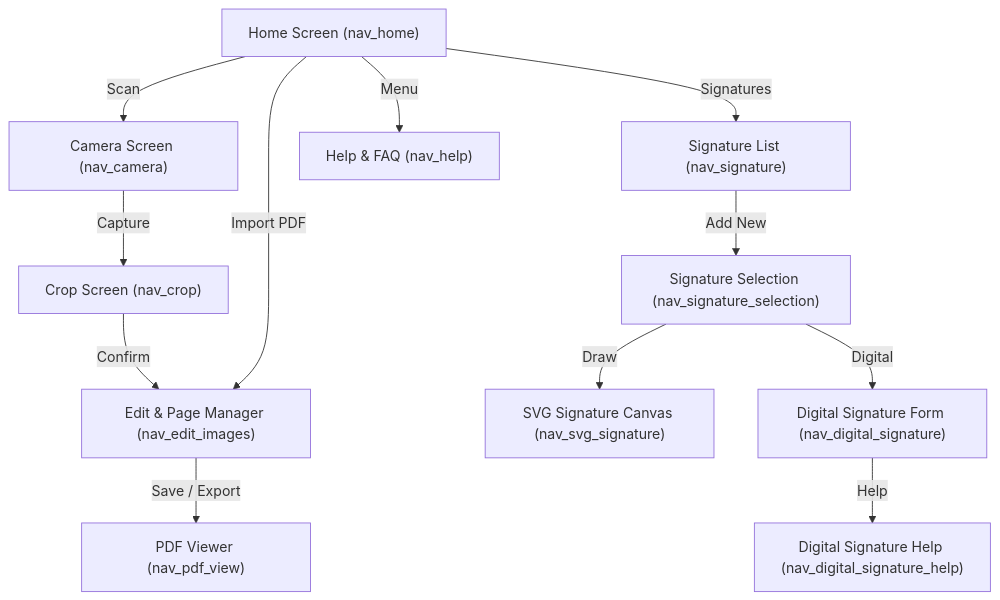
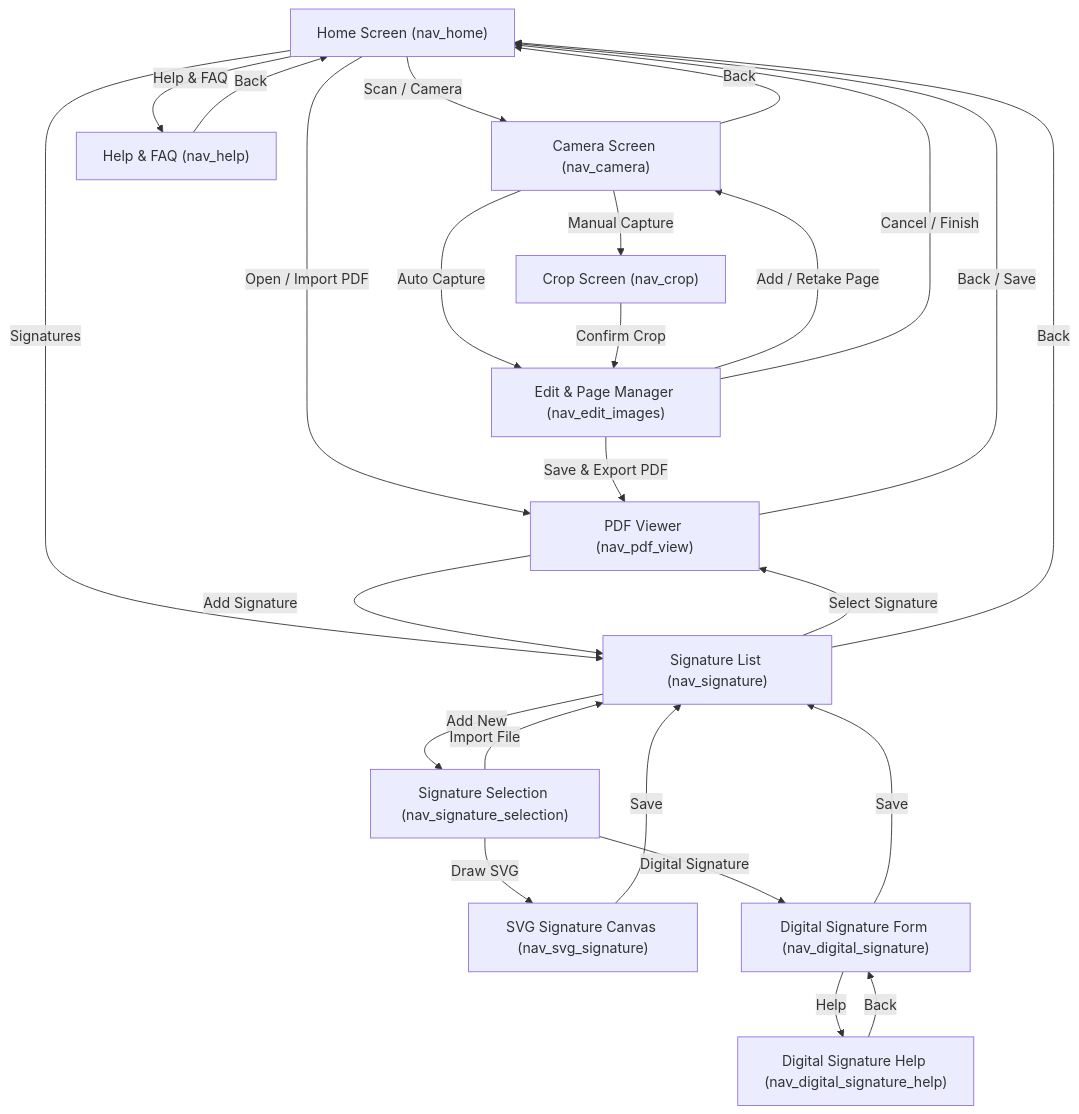
One commit to razvanrus2003/documentsApp changed the diagram in Readme.md. Above: the diagram before and after it, drawn with Mermaid. The commit also changed other lines of this file and 6 other files, not shown here.

````diff
--- a/Readme.md
+++ b/Readme.md
@@ -55,14 +55,45 @@
 ```mermaid
 graph TD
-    Home["Home Screen (nav_home)"] -->|Scan| Camera["Camera Screen (nav_camera)"]
-    Camera -->|Capture| Crop["Crop Screen (nav_crop)"]
-    Crop -->|Confirm| Edit["Edit & Page Manager (nav_edit_images)"]
-    Home -->|Import PDF| Edit
-    Edit -->|Save / Export| PdfView["PDF Viewer (nav_pdf_view)"]
-    Home -->|Signatures| SigList["Signature List (nav_signature)"]
-    SigList -->|Add New| SigSelection["Signature Selection (nav_signature_selection)"]
-    SigSelection -->|Draw| SvgSig["SVG Signature Canvas (nav_svg_signature)"]
-    SigSelection -->|Digital| DigiSig["Digital Signature Form (nav_digital_signature)"]
-    DigiSig -->|Help| DigiHelp["Digital Signature Help (nav_digital_signature_help)"]
-    Home -->|Menu| Help["Help & FAQ (nav_help)"]
+    Home["Home Screen (nav_home)"]
+    Camera["Camera Screen (nav_camera)"]
+    Crop["Crop Screen (nav_crop)"]
+    Edit["Edit & Page Manager (nav_edit_images)"]
+    PdfView["PDF Viewer (nav_pdf_view)"]
+    SigList["Signature List (nav_signature)"]
+    SigSelection["Signature Selection (nav_signature_selection)"]
+    SvgSig["SVG Signature Canvas (nav_svg_signature)"]
+    DigiSig["Digital Signature Form (nav_digital_signature)"]
+    DigiHelp["Digital Signature Help (nav_digital_signature_help)"]
+    Help["Help & FAQ (nav_help)"]
+
+    %% Forward Navigation Flows
+    Home -->|Scan / Camera| Camera
+    Home -->|Open / Import PDF| PdfView
+    Home -->|Signatures| SigList
+    Home -->|Help & FAQ| Help
+
+    Camera -->|Manual Capture| Crop
+    Camera -->|Auto Capture| Edit
+    Crop -->|Confirm Crop| Edit
+    Edit -->|Add / Retake Page| Camera
+    Edit -->|Save & Export PDF| PdfView
+
+    PdfView -->|Add Signature| SigList
+    SigList -->|Select Signature| PdfView
+
+    SigList -->|Add New| SigSelection
+    SigSelection -->|Draw SVG| SvgSig
+    SigSelection -->|Digital Signature| DigiSig
+    SigSelection -->|Import File| SigList
+    SvgSig -->|Save| SigList
+    DigiSig -->|Save| SigList
+    DigiSig -->|Help| DigiHelp
+    DigiHelp -->|Back| DigiSig
+
+    %% Return Arrows to Home Screen
+    Camera -->|Back| Home
+    Edit -->|Cancel / Finish| Home
+    PdfView -->|Back / Save| Home
+    SigList -->|Back| Home
+    Help -->|Back| Home
 ```
````
